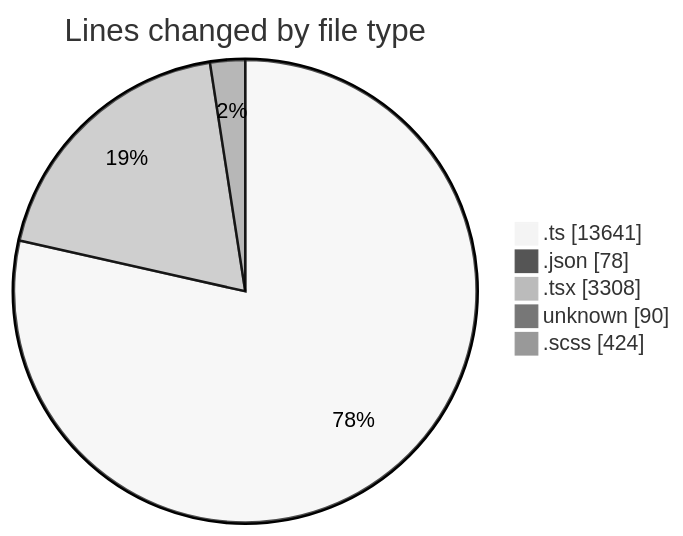
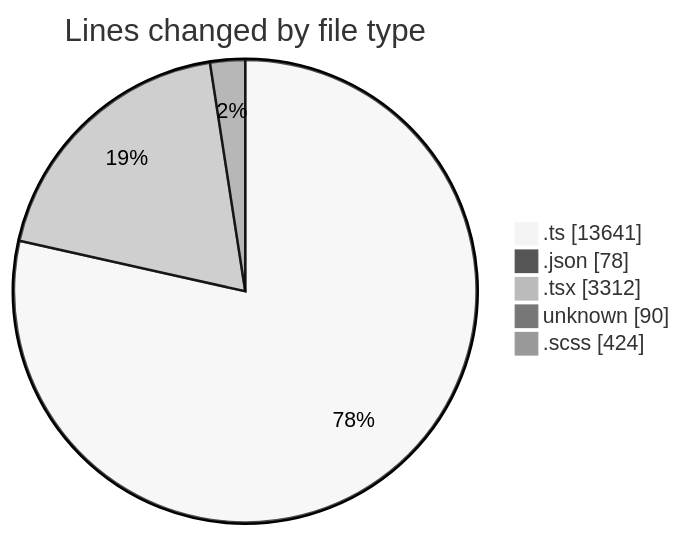
The first of 2 diagrams in 2025-08-29/cda/README.md (momahboobian/code-tracking), drawn with Mermaid (neutral theme) before and after one commit. The commit also changed other lines of this file and 1 other file, not shown here.

````diff
--- a/2025-08-29/cda/README.md
+++ b/2025-08-29/cda/README.md
@@ -34,9 +34,9 @@
 ```mermaid
 pie showData
 title Lines changed by file type
 ".ts" : 13641
 ".json" : 78
-".tsx" : 3308
+".tsx" : 3312
 "unknown" : 90
 ".scss" : 424
 ```
````
